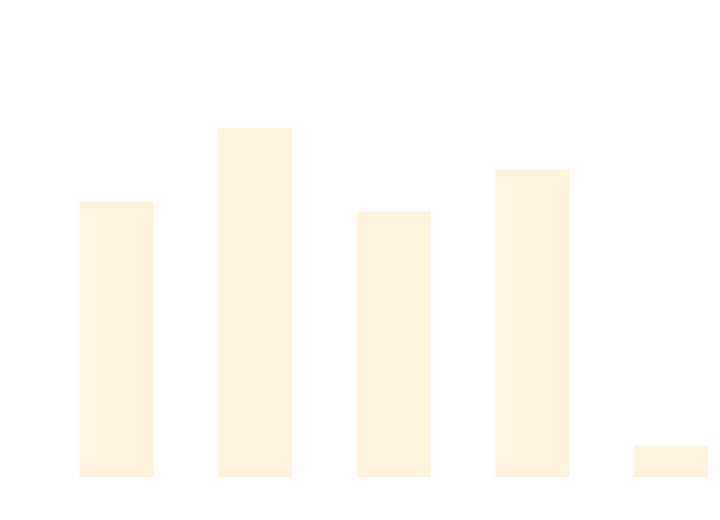
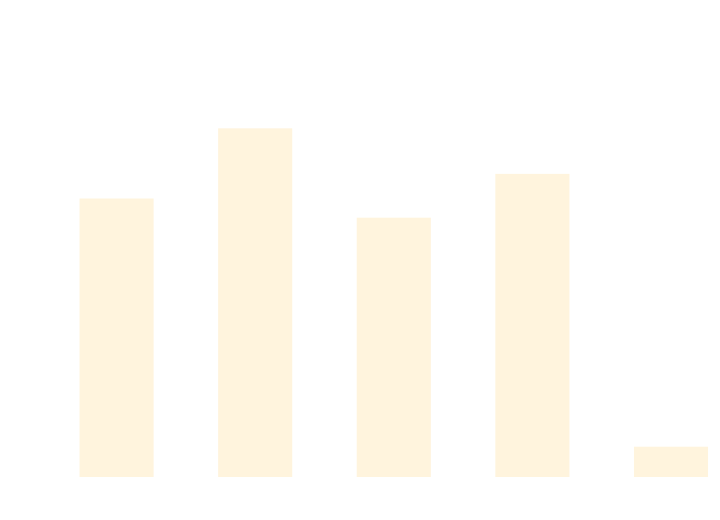
The diagram in docs/docs/benchmarks/ScaleTests.md (thomhurst/TUnit), drawn with Mermaid before and after one commit. The commit also changed other lines of this file and 17 other files, not shown here.

````diff
--- a/docs/docs/benchmarks/ScaleTests.md
+++ b/docs/docs/benchmarks/ScaleTests.md
@@ -27,37 +27,37 @@
 ```mermaid
 %%{init: {
   'theme':'base',
   'themeVariables': {
     'primaryColor': '#2563eb',
     'primaryTextColor': '#ffffff',
     'primaryBorderColor': '#1e40af',
     'lineColor': '#6b7280',
     'secondaryColor': '#7c3aed',
     'tertiaryColor': '#dc2626',
     'background': '#ffffff',
     'mainBkg': '#2563eb',
     'secondBkg': '#7c3aed',
     'tertiaryBkg': '#dc2626',
     'clusterBkg': '#f3f4f6',
     'edgeLabelBackground': '#ffffff',
     'tertiaryTextColor': '#1f2937',
     'pie1': '#2563eb',
     'pie2': '#7c3aed',
     'pie3': '#dc2626',
     'pie4': '#f59e0b',
     'pie5': '#10b981',
     'pie6': '#06b6d4',
     'pie7': '#ec4899',
     'pie8': '#6366f1',
     'pie9': '#84cc16',
     'pie10': '#f97316',
     'pie11': '#14b8a6',
     'pie12': '#a855f7'
   }
 }}%%
 xychart-beta
   title "ScaleTests Performance Comparison"
   x-axis ["TUnit", "NUnit", "MSTest", "xUnit3", "TUnit_AOT"]
-  y-axis "Time (ms)" 0 --> 803
-  bar [524.64, 668.92, 505.87, 588.42, 45.69]
+  y-axis "Time (ms)" 0 --> 802
+  bar [530.41, 668.03, 492.81, 578.72, 43.7]
 ```
````
